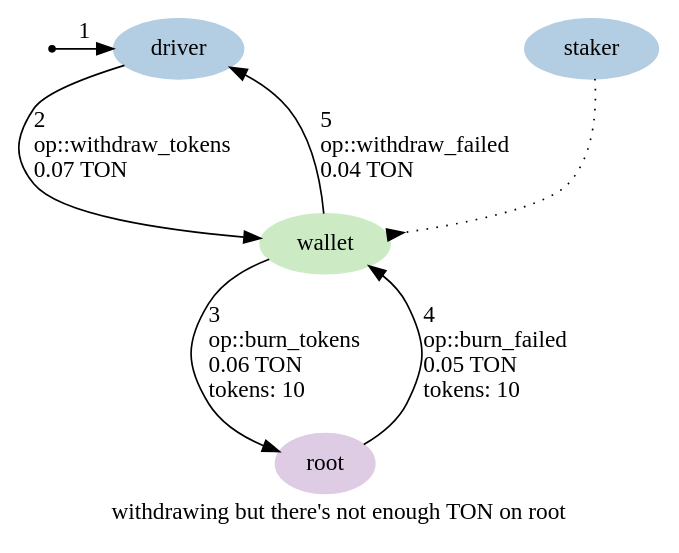
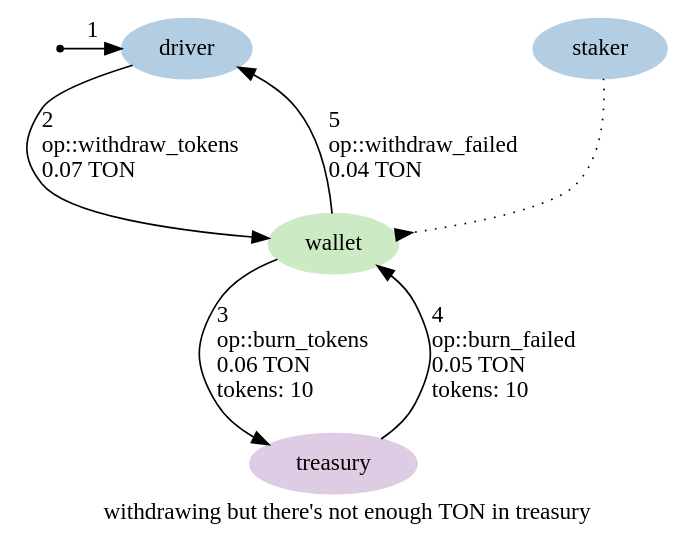
One commit to HipoFinance/contract changed the diagram in graphs/05.1-withdraw-tokens-no-funds.dot. Above: the diagram before and after it, drawn with Graphviz. The commit also changed 23 other files, not shown here.

Commit message:
Rename root to treasury

```diff
--- a/graphs/05.1-withdraw-tokens-no-funds.dot
+++ b/graphs/05.1-withdraw-tokens-no-funds.dot
@@ -1,22 +1,22 @@
 digraph {
-    label="withdrawing but there's not enough TON on root"
+    label="withdrawing but there's not enough TON in treasury"
     node [ colorscheme=pastel19 style=filled ]
 
     /* Entities */
     external [ shape=point ]
     staker, driver [ color=2 ]
-    root [ color=4 ]
+    treasury [ color=4 ]
     wallet [ color=3 ]
 
     /* Relationships */
     staker -> wallet [ arrowhead=inv style=dotted ]
     external -> driver [ label="1" ]
     driver -> wallet [ label="2\l op::withdraw_tokens\l 0.07 TON\l" ]
-    wallet -> root [ label="3\l op::burn_tokens\l 0.06 TON\l tokens: 10\l" ]
-    root -> wallet [ label="4\l op::burn_failed\l 0.05 TON\l tokens: 10\l" ]
+    wallet -> treasury [ label="3\l op::burn_tokens\l 0.06 TON\l tokens: 10\l" ]
+    treasury -> wallet [ label="4\l op::burn_failed\l 0.05 TON\l tokens: 10\l" ]
     wallet -> driver [ label="5\l op::withdraw_failed\l 0.04 TON\l" ]
 
     /* Ranks */
     { rank=min external staker driver }
-    { rank=max root }
+    { rank=max treasury }
 }
```
